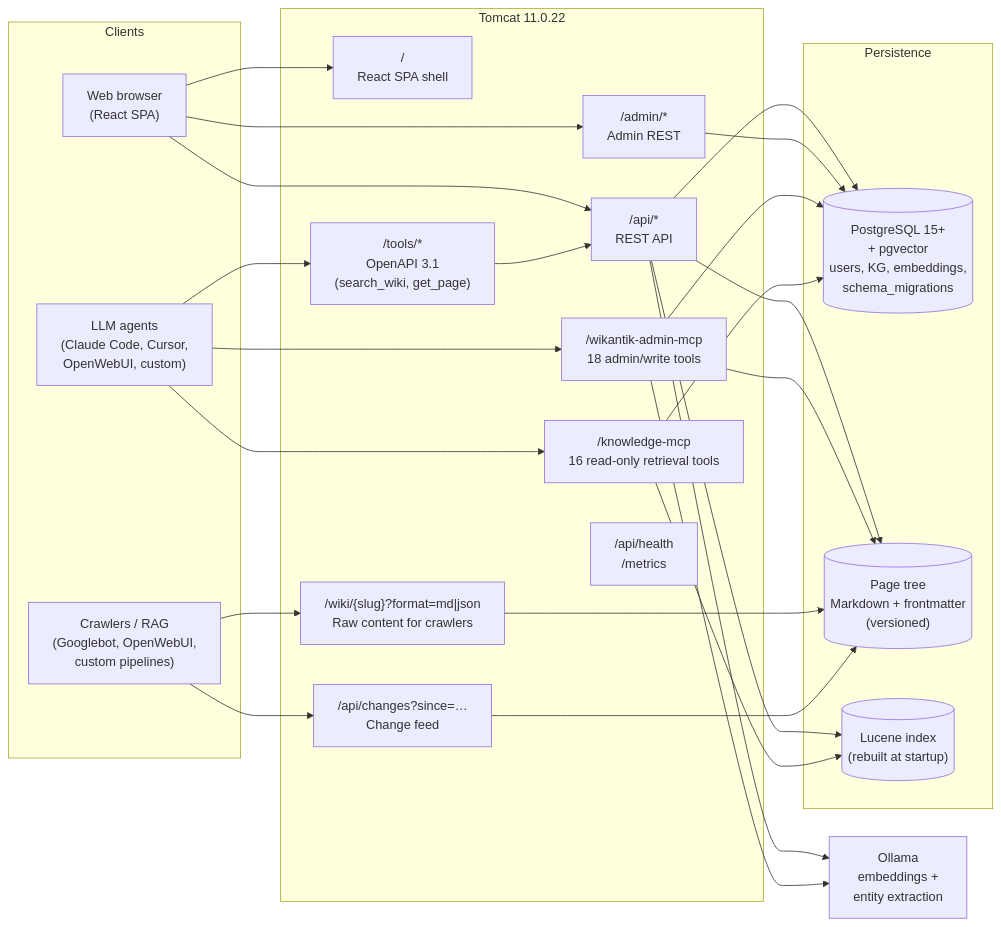
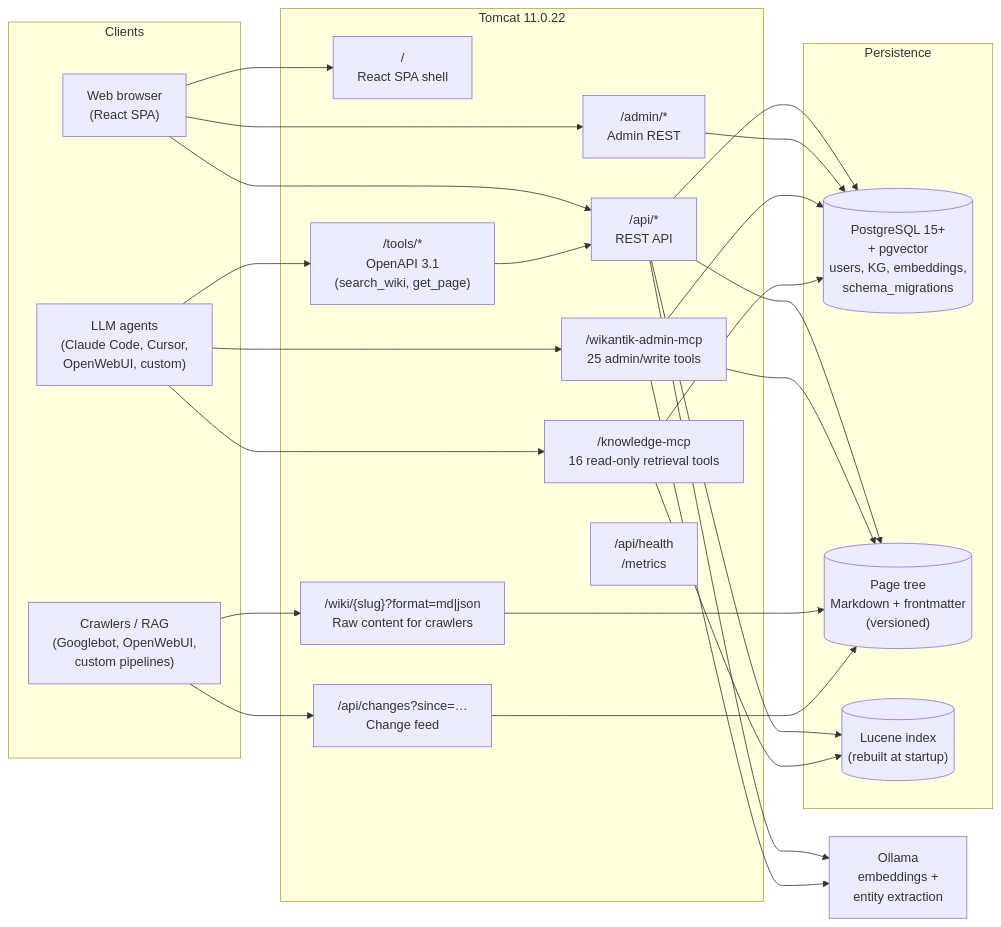
One commit to jakefearsd/wikantik changed the diagram in README.md. Above: the diagram before and after it, drawn with Mermaid. The commit also changed other lines of this file and 29 other files, not shown here.

````diff
--- a/README.md
+++ b/README.md
@@ -87,52 +87,52 @@
 ```mermaid
 flowchart LR
     subgraph clients [Clients]
         Browser["Web browser<br/>(React SPA)"]
         Agent["LLM agents<br/>(Claude Code, Cursor,<br/>OpenWebUI, custom)"]
         Crawler["Crawlers / RAG<br/>(Googlebot, OpenWebUI,<br/>custom pipelines)"]
     end
 
     subgraph tomcat [Tomcat 11.0.22]
         SPA["/<br/>React SPA shell"]
         REST["/api/*<br/>REST API"]
         Admin["/admin/*<br/>Admin REST"]
         Raw["/wiki/{slug}?format=md|json<br/>Raw content for crawlers"]
         Changes["/api/changes?since=…<br/>Change feed"]
-        AdminMCP["/wikantik-admin-mcp<br/>18 admin/write tools"]
+        AdminMCP["/wikantik-admin-mcp<br/>25 admin/write tools"]
         KnowMCP["/knowledge-mcp<br/>16 read-only retrieval tools"]
         Tools["/tools/*<br/>OpenAPI 3.1<br/>(search_wiki, get_page)"]
         Health["/api/health<br/>/metrics"]
     end
 
     subgraph data [Persistence]
         PG[("PostgreSQL 15+<br/>+ pgvector<br/>users, KG, embeddings,<br/>schema_migrations")]
         Pages[("Page tree<br/>Markdown + frontmatter<br/>(versioned)")]
         Lucene[("Lucene index<br/>(rebuilt at startup)")]
     end
 
     Ollama["Ollama<br/>embeddings +<br/>entity extraction"]
 
     Browser --> SPA
     Browser --> REST
     Browser --> Admin
     Crawler --> Raw
     Crawler --> Changes
     Agent --> AdminMCP
     Agent --> KnowMCP
     Agent --> Tools
 
     REST --> PG
     REST --> Pages
     REST --> Lucene
     Admin --> PG
     AdminMCP --> PG
     AdminMCP --> Pages
     KnowMCP --> PG
     KnowMCP --> Lucene
     Raw --> Pages
     Changes --> Pages
     Tools --> REST
 
     REST --> Ollama
     AdminMCP --> Ollama
 ```
````
